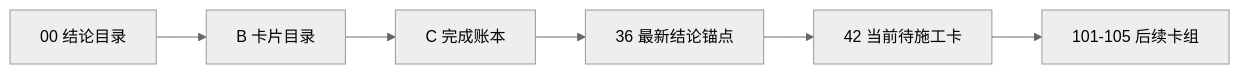
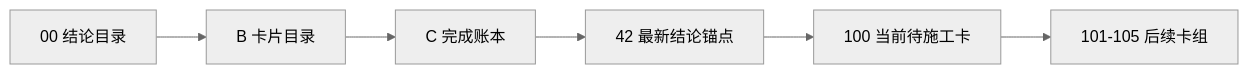
One commit to everything-is-simple/lifespan-0.01 changed the diagram in docs/03-execution/A-execution-reading-order-20260409.md. Above: the diagram before and after it, drawn with Mermaid (neutral theme). The commit also changed other lines of this file and 16 other files, not shown here.

````diff
--- a/docs/03-execution/A-execution-reading-order-20260409.md
+++ b/docs/03-execution/A-execution-reading-order-20260409.md
@@ -25,8 +24,8 @@
 ```mermaid
 flowchart LR
     CONC["00 结论目录"] --> BCAT["B 卡片目录"]
     BCAT --> CLED["C 完成账本"]
-    CLED --> ANC["36 最新结论锚点"]
-    ANC --> NEXT["42 当前待施工卡"]
+    CLED --> ANC["42 最新结论锚点"]
+    ANC --> NEXT["100 当前待施工卡"]
     NEXT --> POST["101-105 后续卡组"]
 ```
````
